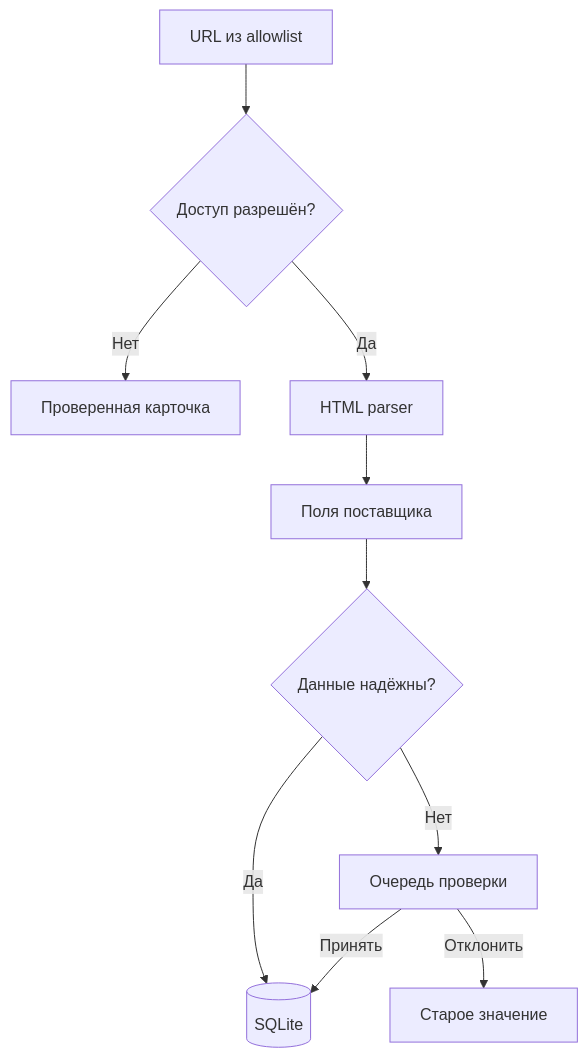
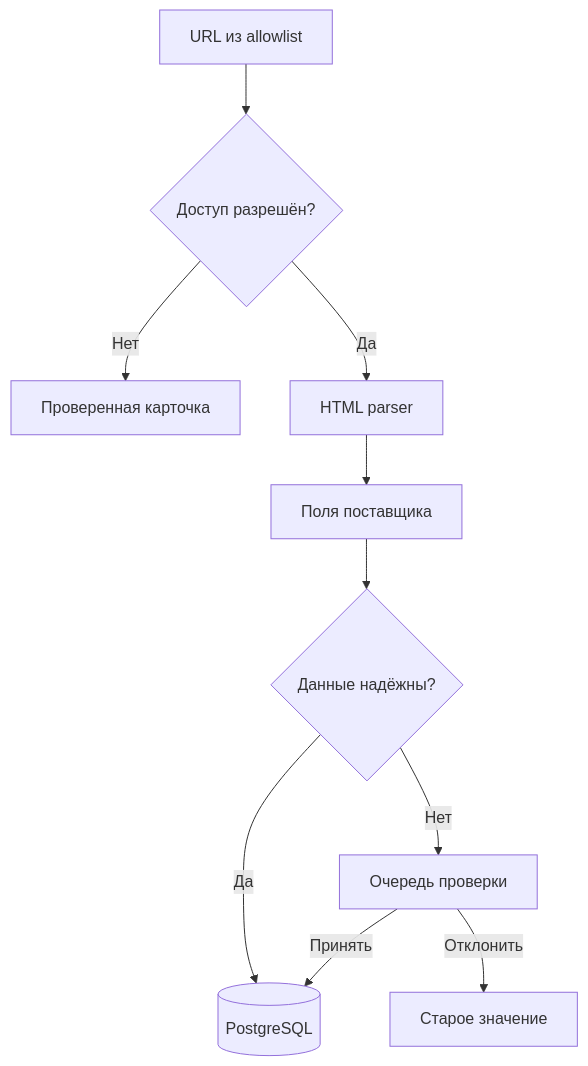
The third of 3 diagrams in README.md (SeniorDanilBodrov/foodsource), drawn with Mermaid before and after one commit. The commit also changed other lines of this file and 16 other files, not shown here.

````diff
--- a/README.md
+++ b/README.md
@@ -156,12 +158,12 @@
 ```mermaid
 flowchart TD
     A[URL из allowlist] --> B{Доступ разрешён?}
     B -->|Нет| C[Проверенная карточка]
     B -->|Да| P[HTML parser]
     P --> F[Поля поставщика]
     F --> V{Данные надёжны?}
-    V -->|Да| DB[(SQLite)]
+    V -->|Да| DB[(PostgreSQL)]
     V -->|Нет| Q[Очередь проверки]
     Q -->|Принять| DB
     Q -->|Отклонить| OLD[Старое значение]
 ```
````
